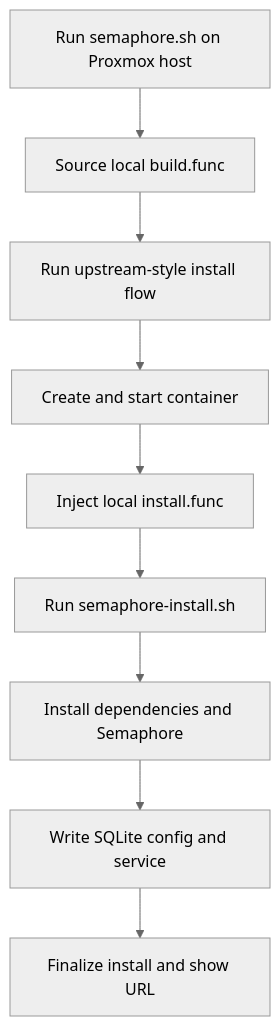
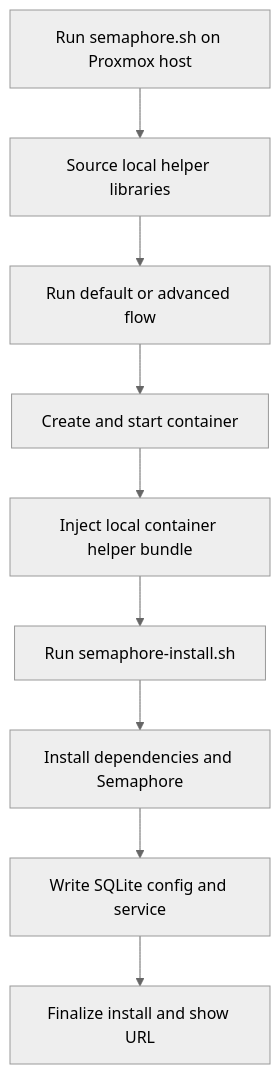
One commit to AKruimink/HomeLab changed the second of 2 diagrams in docs/proxmox-framework.md. Above: the diagram before and after it, drawn with Mermaid (neutral theme). The commit also changed other lines of this file and 14 other files, not shown here.

Commit message:
Replace vendored Proxmox helper stack

````diff
--- a/docs/proxmox-framework.md
+++ b/docs/proxmox-framework.md
@@ -127,11 +116,11 @@
 ```mermaid
 flowchart TD
-    A[Run semaphore.sh on Proxmox host] --> B[Source local build.func]
-    B --> C[Run upstream-style install flow]
+    A[Run semaphore.sh on Proxmox host] --> B[Source local helper libraries]
+    B --> C[Run default or advanced flow]
     C --> D[Create and start container]
-    D --> E[Inject local install.func]
+    D --> E[Inject local container helper bundle]
     E --> F[Run semaphore-install.sh]
     F --> G[Install dependencies and Semaphore]
     G --> H[Write SQLite config and service]
     H --> I[Finalize install and show URL]
 ```
````
